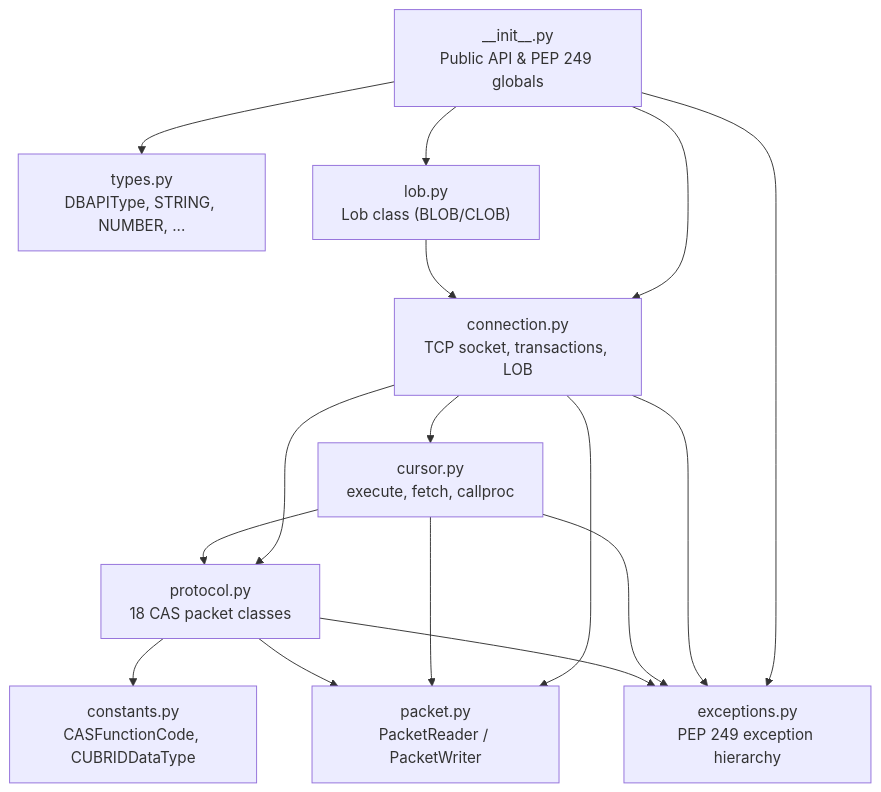
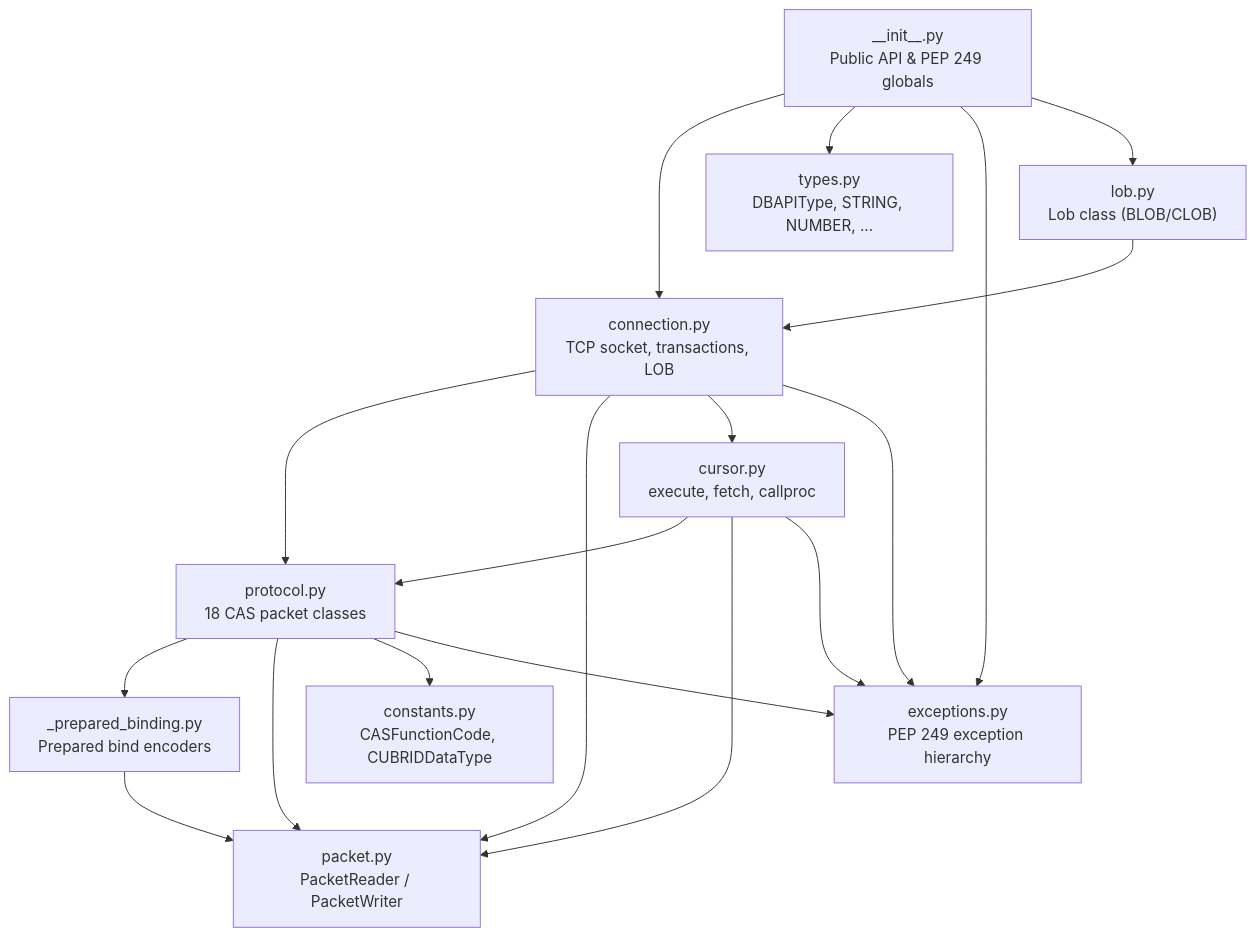
The fourth of 5 diagrams in docs/ARCHITECTURE.md (cubrid-lab/pycubrid), drawn with Mermaid before and after one commit. The commit also changed other lines of this file and 14 other files, not shown here.

First line of the commit message:
refactor(protocol): move the prepared bind types and encoders to a private module

````diff
--- a/docs/ARCHITECTURE.md
+++ b/docs/ARCHITECTURE.md
@@ -151,28 +151,31 @@
 ```mermaid
 flowchart TD
     init["__init__.py<br/>Public API & PEP 249 globals"]
     conn["connection.py<br/>TCP socket, transactions, LOB"]
     cursor["cursor.py<br/>execute, fetch, callproc"]
     protocol["protocol.py<br/>18 CAS packet classes"]
+    binding["_prepared_binding.py<br/>Prepared bind encoders"]
     packet["packet.py<br/>PacketReader / PacketWriter"]
     constants["constants.py<br/>CASFunctionCode, CUBRIDDataType"]
     types["types.py<br/>DBAPIType, STRING, NUMBER, ..."]
     exceptions["exceptions.py<br/>PEP 249 exception hierarchy"]
     lob["lob.py<br/>Lob class (BLOB/CLOB)"]
     
     init --> conn
     init --> types
     init --> exceptions
     init --> lob
     conn --> protocol
     conn --> packet
     conn --> cursor
     conn --> exceptions
     cursor --> protocol
     cursor --> packet
     cursor --> exceptions
+    protocol --> binding
+    binding --> packet
     protocol --> packet
     protocol --> constants
     protocol --> exceptions
     lob --> conn
 ```
````
